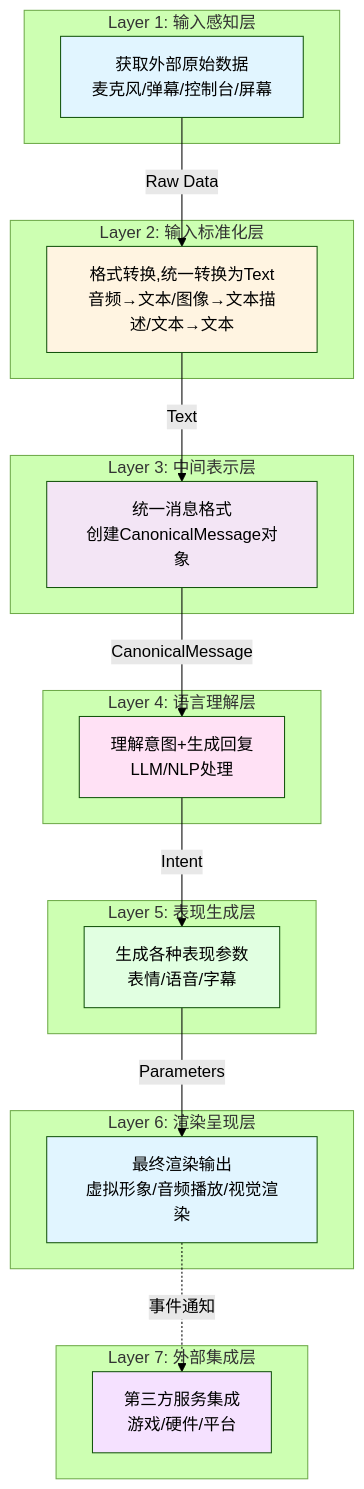
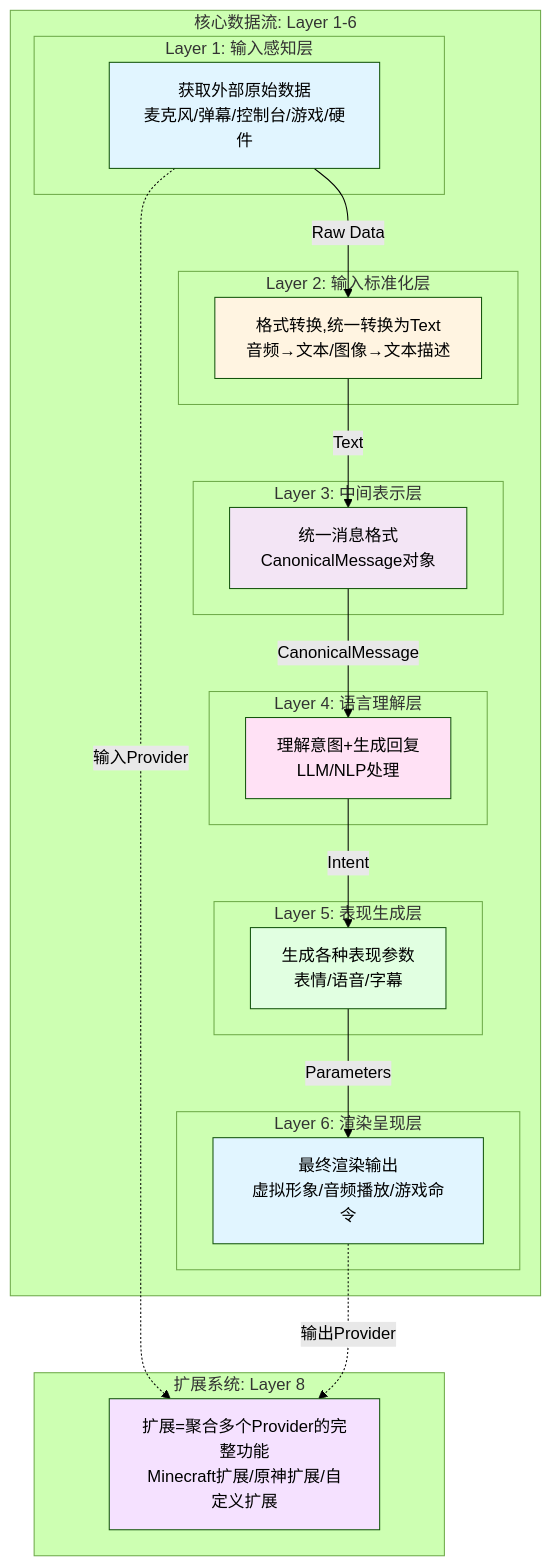
Before and after one commit to Mai-with-u/Amaidesu: the diagram in refactor/design.md, drawn with Mermaid (forest theme). The commit also changed other lines of this file and 1 other file, not shown here.

````diff
--- a/refactor/design.md
+++ b/refactor/design.md
@@ -73,45 +78,49 @@
 ```mermaid
 graph TB
-    subgraph "Layer 1: 输入感知层"
-        Perception[获取外部原始数据<br/>麦克风/弹幕/控制台/屏幕]
+    subgraph "核心数据流: Layer 1-6"
+        subgraph "Layer 1: 输入感知层"
+            Perception[获取外部原始数据<br/>麦克风/弹幕/控制台/游戏/硬件]
+        end
+
+        subgraph "Layer 2: 输入标准化层"
+            Normalization[格式转换,统一转换为Text<br/>音频→文本/图像→文本描述]
+        end
+
+        subgraph "Layer 3: 中间表示层"
+            Canonical[统一消息格式<br/>CanonicalMessage对象]
+        end
+
+        subgraph "Layer 4: 语言理解层"
+            Understanding[理解意图+生成回复<br/>LLM/NLP处理]
+        end
+
+        subgraph "Layer 5: 表现生成层"
+            Expression[生成各种表现参数<br/>表情/语音/字幕]
+        end
+
+        subgraph "Layer 6: 渲染呈现层"
+            Rendering[最终渲染输出<br/>虚拟形象/音频播放/游戏命令]
+        end
     end
 
-    subgraph "Layer 2: 输入标准化层"
-        Normalization[格式转换,统一转换为Text<br/>音频→文本/图像→文本描述/文本→文本]
-    end
-
-    subgraph "Layer 3: 中间表示层"
-        Canonical[统一消息格式<br/>创建CanonicalMessage对象]
-    end
-
-    subgraph "Layer 4: 语言理解层"
-        Understanding[理解意图+生成回复<br/>LLM/NLP处理]
-    end
-
-    subgraph "Layer 5: 表现生成层"
-        Expression[生成各种表现参数<br/>表情/语音/字幕]
-    end
-
-    subgraph "Layer 6: 渲染呈现层"
-        Rendering[最终渲染输出<br/>虚拟形象/音频播放/视觉渲染]
-    end
-
-    subgraph "Layer 7: 外部集成层"
-        Integration[第三方服务集成<br/>游戏/硬件/平台]
+    subgraph "扩展系统: Layer 8"
+        Extensions[扩展=聚合多个Provider的完整功能<br/>Minecraft扩展/原神扩展/自定义扩展]
     end
 
     Perception -->|"Raw Data"| Normalization
     Normalization -->|"Text"| Canonical
     Canonical -->|"CanonicalMessage"| Understanding
     Understanding -->|"Intent"| Expression
     Expression -->|"Parameters"| Rendering
-    Rendering -.事件通知.-> Integration
+
+    Perception -.输入Provider.-> Extensions
+    Rendering -.输出Provider.-> Extensions
 
     style Perception fill:#e1f5ff
     style Normalization fill:#fff4e1
     style Canonical fill:#f3e5f5
     style Understanding fill:#ffe1f5
     style Expression fill:#e1ffe1
     style Rendering fill:#e1f5ff
-    style Integration fill:#f5e1ff
+    style Extensions fill:#f5e1ff
 ```
````
